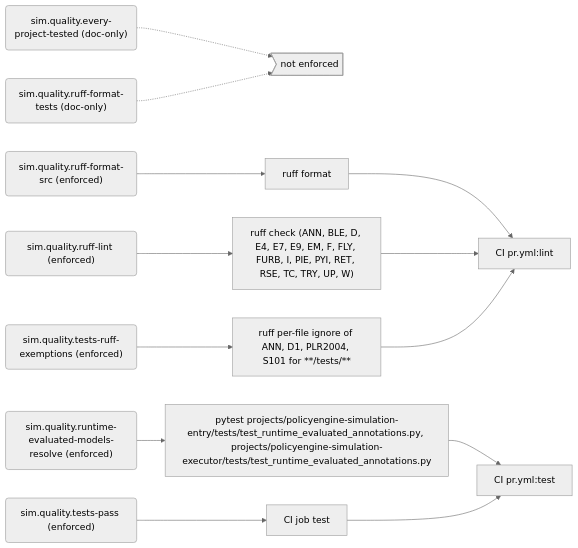
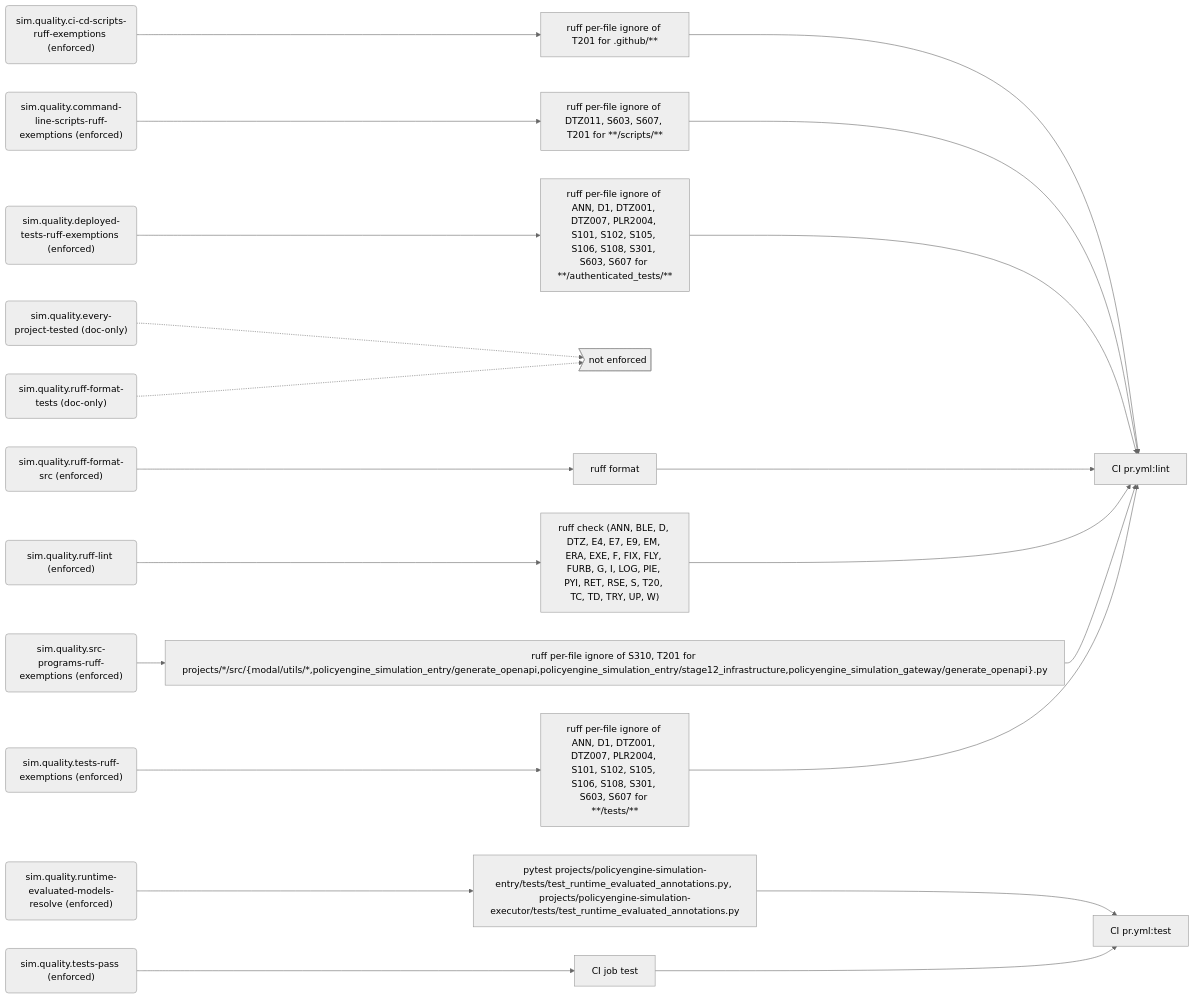
The sixth of 8 diagrams in docs/generated/rules.md (PolicyEngine/policyengine-sim-api), drawn with Mermaid (neutral theme) before and after one commit. The commit also changed other lines of this file and 46 other files, not shown here.

First line of the commit message:
Enable ruff security, logging and debugging rules (S, T20, LOG, G, DTZ, ERA, TD, FIX, EXE) (#785)

````diff
--- a/docs/generated/rules.md
+++ b/docs/generated/rules.md
@@ -257,30 +261,46 @@
 ```mermaid
 flowchart LR
+  r_sim_quality_ci_cd_scripts_ruff_exemptions("sim.quality.ci-cd-scripts-ruff-exemptions (enforced)")
+  e_ruff_per_file_ignore_of_T201_for__github___["ruff per-file ignore of T201 for .github/**"]
+  j_CI_pr_yml_lint["CI pr.yml:lint"]
+  r_sim_quality_command_line_scripts_ruff_exemptions("sim.quality.command-line-scripts-ruff-exemptions (enforced)")
+  e_ruff_per_file_ignore_of_DTZ011__S603__S607__T201_for____scripts___["ruff per-file ignore of DTZ011, S603, S607, T201 for **/scripts/**"]
+  r_sim_quality_deployed_tests_ruff_exemptions("sim.quality.deployed-tests-ruff-exemptions (enforced)")
+  e_ruff_per_file_ignore_of_ANN__D1__DTZ001__DTZ007__PLR2004__S101__S102__S105__S106__S108__S301__S603__S607_for____authenticated_tests___["ruff per-file ignore of ANN, D1, DTZ001, DTZ007, PLR2004, S101, S102, S105, S106, S108, S301, S603, S607 for **/authenticated_tests/**"]
   r_sim_quality_every_project_tested("sim.quality.every-project-tested (doc-only)")
   gap_unenforced>"not enforced"]
   r_sim_quality_ruff_format_src("sim.quality.ruff-format-src (enforced)")
   e_ruff_format["ruff format"]
-  j_CI_pr_yml_lint["CI pr.yml:lint"]
   r_sim_quality_ruff_format_tests("sim.quality.ruff-format-tests (doc-only)")
   r_sim_quality_ruff_lint("sim.quality.ruff-lint (enforced)")
-  e_ruff_check__ANN__BLE__D__E4__E7__E9__EM__F__FLY__FURB__I__PIE__PYI__RET__RSE__TC__TRY__UP__W_["ruff check (ANN, BLE, D, E4, E7, E9, EM, F, FLY, FURB, I, PIE, PYI, RET, RSE, TC, TRY, UP, W)"]
+  e_ruff_check__ANN__BLE__D__DTZ__E4__E7__E9__EM__ERA__EXE__F__FIX__FLY__FURB__G__I__LOG__PIE__PYI__RET__RSE__S__T20__TC__TD__TRY__UP__W_["ruff check (ANN, BLE, D, DTZ, E4, E7, E9, EM, ERA, EXE, F, FIX, FLY, FURB, G, I, LOG, PIE, PYI, RET, RSE, S, T20, TC, TD, TRY, UP, W)"]
   r_sim_quality_runtime_evaluated_models_resolve("sim.quality.runtime-evaluated-models-resolve (enforced)")
   e_pytest_projects_policyengine_simulation_entry_tests_test_runtime_evaluated_annotations_py__projects_policyengine_simulation_executor_tests_test_runtime_evaluated_annotations_py["pytest projects/policyengine-simulation-entry/tests/test_runtime_evaluated_annotations.py, projects/policyengine-simulation-executor/tests/test_runtime_evaluated_annotations.py"]
   j_CI_pr_yml_test["CI pr.yml:test"]
+  r_sim_quality_src_programs_ruff_exemptions("sim.quality.src-programs-ruff-exemptions (enforced)")
+  e_ruff_per_file_ignore_of_S310__T201_for_projects___src__modal_utils___policyengine_simulation_entry_generate_openapi_policyengine_simulation_entry_stage12_infrastructure_policyengine_simulation_gateway_generate_openapi__py["ruff per-file ignore of S310, T201 for projects/*/src/{modal/utils/*,policyengine_simulation_entry/generate_openapi,policyengine_simulation_entry/stage12_infrastructure,policyengine_simulation_gateway/generate_openapi}.py"]
   r_sim_quality_tests_pass("sim.quality.tests-pass (enforced)")
   e_CI_job_test["CI job test"]
   r_sim_quality_tests_ruff_exemptions("sim.quality.tests-ruff-exemptions (enforced)")
-  e_ruff_per_file_ignore_of_ANN__D1__PLR2004__S101_for____tests___["ruff per-file ignore of ANN, D1, PLR2004, S101 for **/tests/**"]
+  e_ruff_per_file_ignore_of_ANN__D1__DTZ001__DTZ007__PLR2004__S101__S102__S105__S106__S108__S301__S603__S607_for____tests___["ruff per-file ignore of ANN, D1, DTZ001, DTZ007, PLR2004, S101, S102, S105, S106, S108, S301, S603, S607 for **/tests/**"]
+  r_sim_quality_ci_cd_scripts_ruff_exemptions --> e_ruff_per_file_ignore_of_T201_for__github___
+  e_ruff_per_file_ignore_of_T201_for__github___ --> j_CI_pr_yml_lint
+  r_sim_quality_command_line_scripts_ruff_exemptions --> e_ruff_per_file_ignore_of_DTZ011__S603__S607__T201_for____scripts___
+  e_ruff_per_file_ignore_of_DTZ011__S603__S607__T201_for____scripts___ --> j_CI_pr_yml_lint
+  r_sim_quality_deployed_tests_ruff_exemptions --> e_ruff_per_file_ignore_of_ANN__D1__DTZ001__DTZ007__PLR2004__S101__S102__S105__S106__S108__S301__S603__S607_for____authenticated_tests___
+  e_ruff_per_file_ignore_of_ANN__D1__DTZ001__DTZ007__PLR2004__S101__S102__S105__S106__S108__S301__S603__S607_for____authenticated_tests___ --> j_CI_pr_yml_lint
   r_sim_quality_every_project_tested -.-> gap_unenforced
   r_sim_quality_ruff_format_src --> e_ruff_format
   e_ruff_format --> j_CI_pr_yml_lint
   r_sim_quality_ruff_format_tests -.-> gap_unenforced
-  r_sim_quality_ruff_lint --> e_ruff_check__ANN__BLE__D__E4__E7__E9__EM__F__FLY__FURB__I__PIE__PYI__RET__RSE__TC__TRY__UP__W_
-  e_ruff_check__ANN__BLE__D__E4__E7__E9__EM__F__FLY__FURB__I__PIE__PYI__RET__RSE__TC__TRY__UP__W_ --> j_CI_pr_yml_lint
+  r_sim_quality_ruff_lint --> e_ruff_check__ANN__BLE__D__DTZ__E4__E7__E9__EM__ERA__EXE__F__FIX__FLY__FURB__G__I__LOG__PIE__PYI__RET__RSE__S__T20__TC__TD__TRY__UP__W_
+  e_ruff_check__ANN__BLE__D__DTZ__E4__E7__E9__EM__ERA__EXE__F__FIX__FLY__FURB__G__I__LOG__PIE__PYI__RET__RSE__S__T20__TC__TD__TRY__UP__W_ --> j_CI_pr_yml_lint
   r_sim_quality_runtime_evaluated_models_resolve --> e_pytest_projects_policyengine_simulation_entry_tests_test_runtime_evaluated_annotations_py__projects_policyengine_simulation_executor_tests_test_runtime_evaluated_annotations_py
   e_pytest_projects_policyengine_simulation_entry_tests_test_runtime_evaluated_annotations_py__projects_policyengine_simulation_executor_tests_test_runtime_evaluated_annotations_py --> j_CI_pr_yml_test
+  r_sim_quality_src_programs_ruff_exemptions --> e_ruff_per_file_ignore_of_S310__T201_for_projects___src__modal_utils___policyengine_simulation_entry_generate_openapi_policyengine_simulation_entry_stage12_infrastructure_policyengine_simulation_gateway_generate_openapi__py
+  e_ruff_per_file_ignore_of_S310__T201_for_projects___src__modal_utils___policyengine_simulation_entry_generate_openapi_policyengine_simulation_entry_stage12_infrastructure_policyengine_simulation_gateway_generate_openapi__py --> j_CI_pr_yml_lint
   r_sim_quality_tests_pass --> e_CI_job_test
   e_CI_job_test --> j_CI_pr_yml_test
-  r_sim_quality_tests_ruff_exemptions --> e_ruff_per_file_ignore_of_ANN__D1__PLR2004__S101_for____tests___
-  e_ruff_per_file_ignore_of_ANN__D1__PLR2004__S101_for____tests___ --> j_CI_pr_yml_lint
+  r_sim_quality_tests_ruff_exemptions --> e_ruff_per_file_ignore_of_ANN__D1__DTZ001__DTZ007__PLR2004__S101__S102__S105__S106__S108__S301__S603__S607_for____tests___
+  e_ruff_per_file_ignore_of_ANN__D1__DTZ001__DTZ007__PLR2004__S101__S102__S105__S106__S108__S301__S603__S607_for____tests___ --> j_CI_pr_yml_lint
 ```
````
